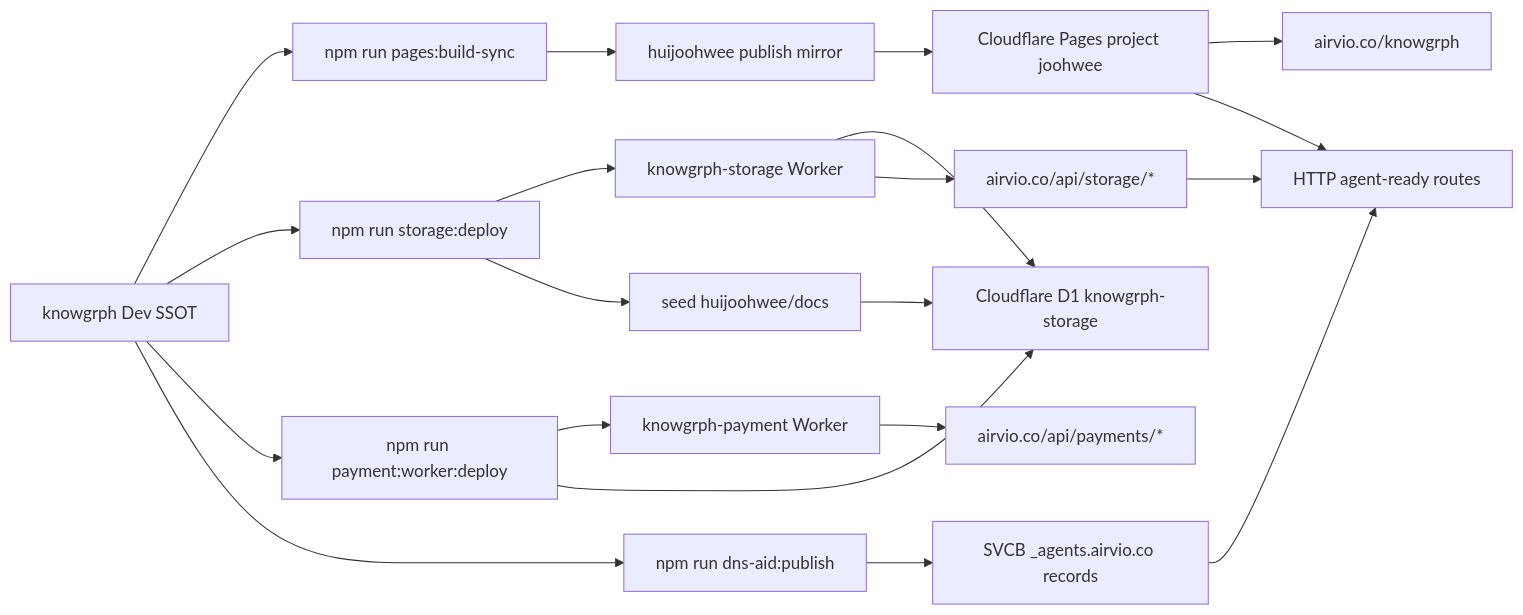
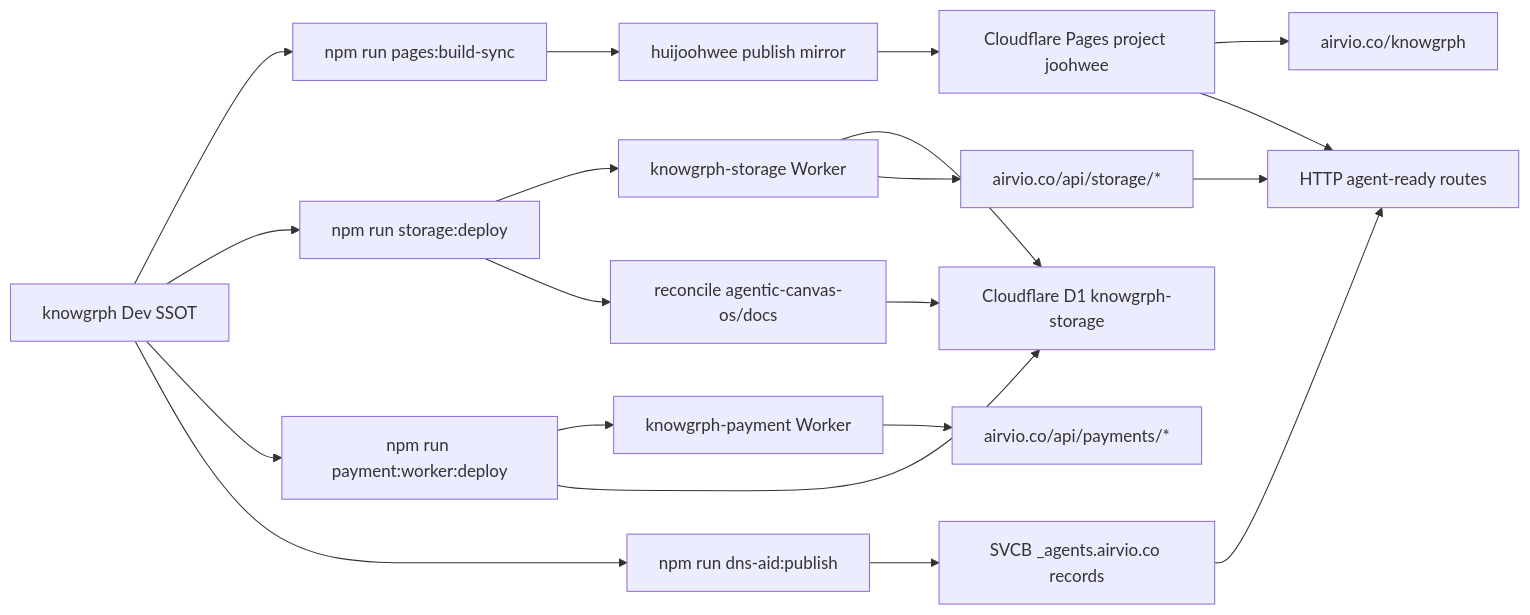
One commit to huijoohwee/knowgrph changed the diagram in docs/documents/knowgrph-cloudflare-document.md. Above: the diagram before and after it, drawn with Mermaid. The commit also changed other lines of this file and 13 other files, not shown here.

Commit message:
fix(storage): sync canonical agentic docs corpus

````diff
--- a/docs/documents/knowgrph-cloudflare-document.md
+++ b/docs/documents/knowgrph-cloudflare-document.md
@@ -288,22 +288,22 @@
 ```mermaid
 flowchart LR
   Dev["knowgrph Dev SSOT"] --> Build["npm run pages:build-sync"]
   Build --> Mirror["huijoohwee publish mirror"]
   Mirror --> Pages["Cloudflare Pages project joohwee"]
   Pages --> App["airvio.co/knowgrph"]
   Pages --> Agent["HTTP agent-ready routes"]
   Dev --> StorageDeploy["npm run storage:deploy"]
   StorageDeploy --> StorageWorker["knowgrph-storage Worker"]
-  StorageDeploy --> D1Seed["seed huijoohwee/docs"]
+  StorageDeploy --> D1Seed["reconcile agentic-canvas-os/docs"]
   StorageWorker --> D1["Cloudflare D1 knowgrph-storage"]
   D1Seed --> D1
   StorageWorker --> StorageRoutes["airvio.co/api/storage/*"]
   Dev --> PaymentDeploy["npm run payment:worker:deploy"]
   PaymentDeploy --> PaymentWorker["knowgrph-payment Worker"]
   PaymentDeploy --> D1
   PaymentWorker --> PaymentRoutes["airvio.co/api/payments/*"]
   Dev --> DnsAidPublish["npm run dns-aid:publish"]
   DnsAidPublish --> DnsAid["SVCB _agents.airvio.co records"]
   DnsAid --> Agent
   StorageRoutes --> Agent
 ```
````
